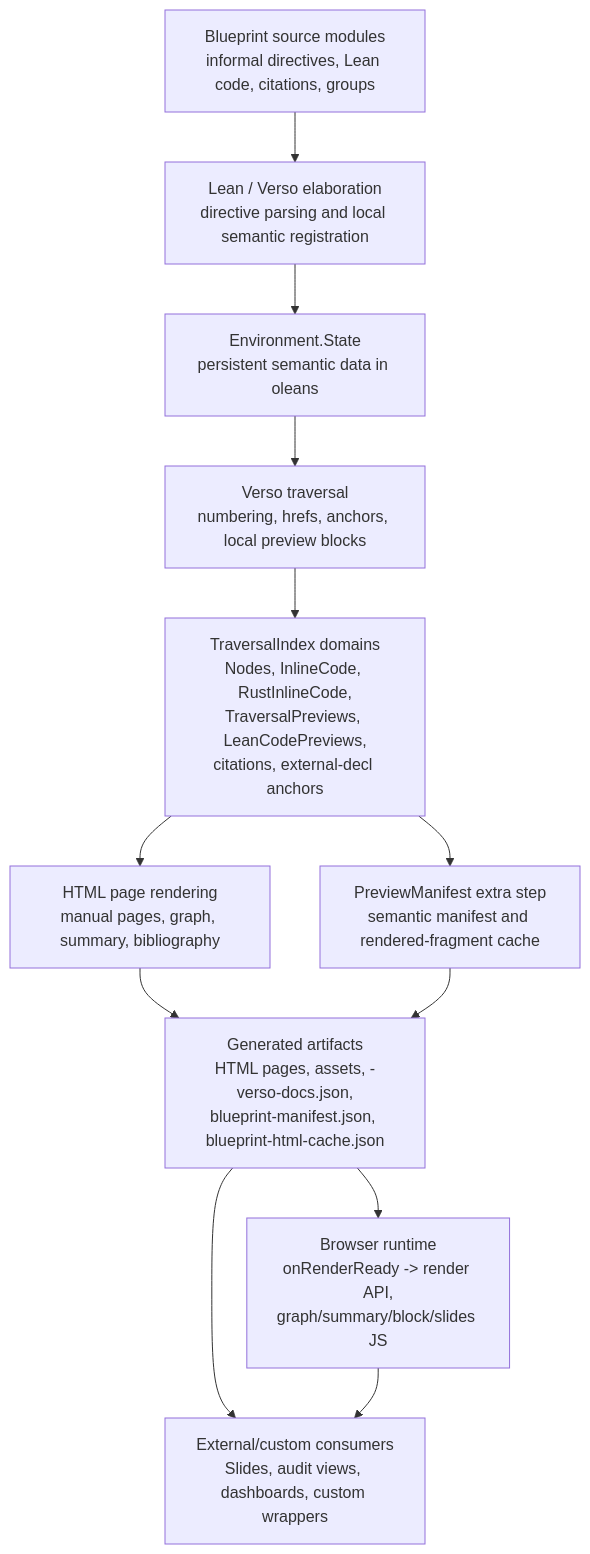
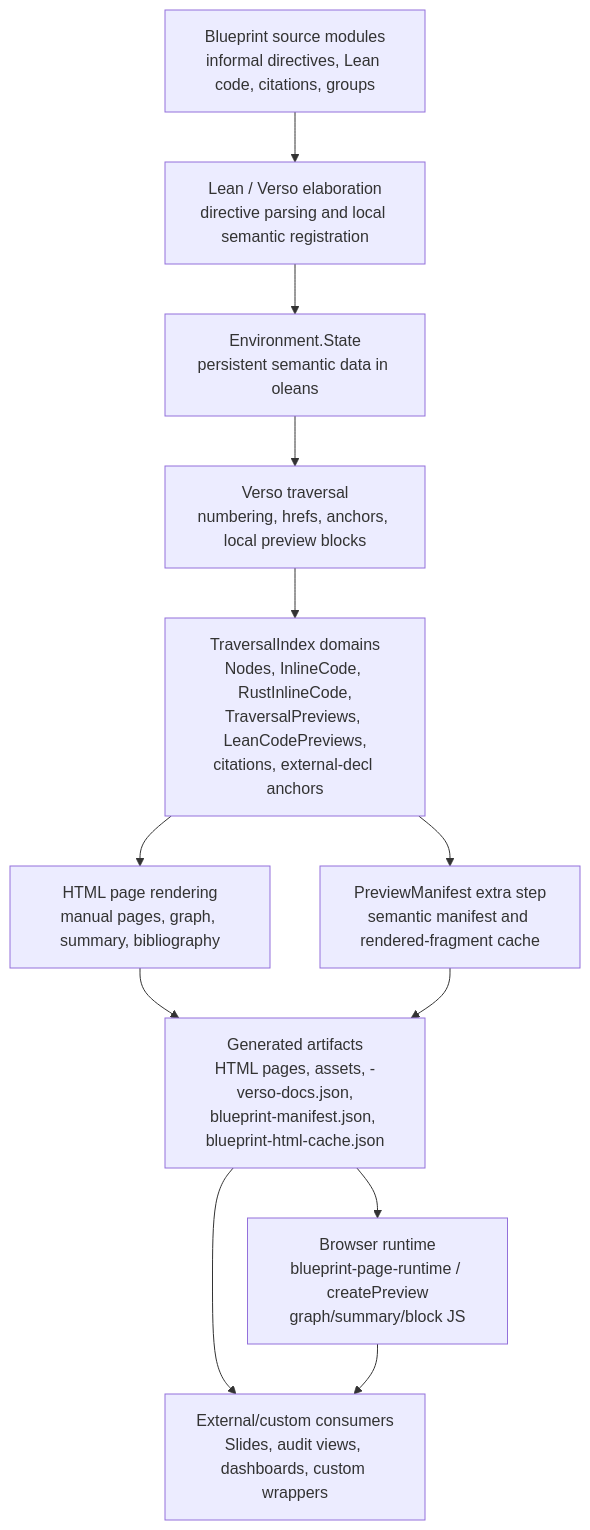
One commit to eric-vergo/Showcase changed the first of 2 diagrams in doc/DESIGN_RATIONALE.md. Above: the diagram before and after it, drawn with Mermaid. The commit also changed other lines of this file and 44 other files, not shown here.

Commit message:
feat: standalone preview API

````diff
--- a/doc/DESIGN_RATIONALE.md
+++ b/doc/DESIGN_RATIONALE.md
@@ -174,25 +182,25 @@
 ```mermaid
 flowchart TD
   source["Blueprint source modules<br/>informal directives, Lean code, citations, groups"]
   elab["Lean / Verso elaboration<br/>directive parsing and local semantic registration"]
   env["Environment.State<br/>persistent semantic data in oleans"]
   traverse["Verso traversal<br/>numbering, hrefs, anchors, local preview blocks"]
   indexes["TraversalIndex domains<br/>Nodes, InlineCode, RustInlineCode,<br/>TraversalPreviews, LeanCodePreviews,<br/>citations, external-decl anchors"]
   render["HTML page rendering<br/>manual pages, graph, summary, bibliography"]
   manifest["PreviewManifest extra step<br/>semantic manifest and rendered-fragment cache"]
   artifacts["Generated artifacts<br/>HTML pages, assets, -verso-docs.json,<br/>blueprint-manifest.json, blueprint-html-cache.json"]
-  browser["Browser runtime<br/>onRenderReady -> render API,<br/>graph/summary/block/slides JS"]
+  browser["Browser runtime<br/>blueprint-page-runtime / createPreview<br/>graph/summary/block JS"]
   consumers["External/custom consumers<br/>Slides, audit views, dashboards, custom wrappers"]
 
   source --> elab
   elab --> env
   env --> traverse
   traverse --> indexes
   indexes --> render
   indexes --> manifest
   render --> artifacts
   manifest --> artifacts
   artifacts --> browser
   artifacts --> consumers
   browser --> consumers
 ```
````
